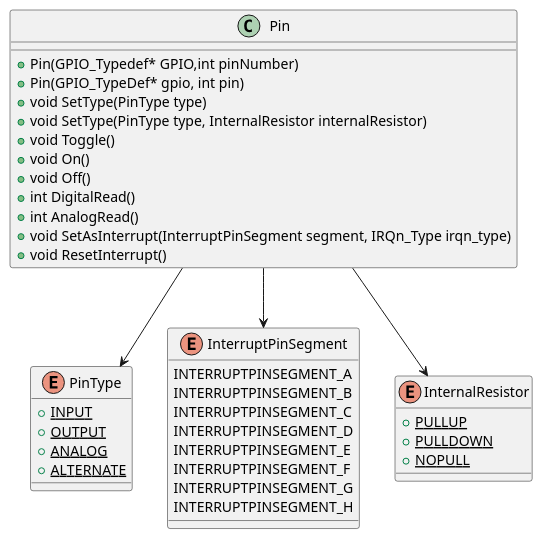
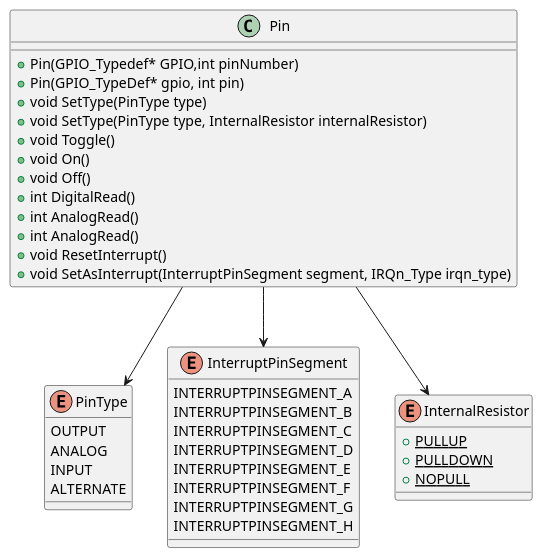
The diagram in Embedded Systems/GPIO - Challenge/Design.plantuml (NathanThus/Technology-Semester-3), drawn with PlantUML before and after one commit.

```diff
--- a/Embedded Systems/GPIO - Challenge/Design.plantuml
+++ b/Embedded Systems/GPIO - Challenge/Design.plantuml
@@ -1,47 +1,48 @@
 @startuml Class Diagram
 
-Class Pin{
-
+Class Pin
+{
     {Method} + Pin(GPIO_Typedef* GPIO,int pinNumber)
     {Method} + Pin(GPIO_TypeDef* gpio, int pin)
     {Method} + void SetType(PinType type)
     {Method} + void SetType(PinType type, InternalResistor internalResistor)
     {Method} + void Toggle()
     {Method} + void On()
     {Method} + void Off()
     {Method} + int DigitalRead()
     {Method} + int AnalogRead()
+    {Method} + int AnalogRead()
+    {Method} + void ResetInterrupt()
     {Method} + void SetAsInterrupt(InterruptPinSegment segment, IRQn_Type irqn_type)
-    {Method} + void ResetInterrupt()
 }
 
 enum PinType{
-    {static} + INPUT
-    {static} + OUTPUT
-    {static} + ANALOG
-    {static} + ALTERNATE
+    OUTPUT
+    ANALOG
+    INPUT
+    ALTERNATE
 }
 
 enum InterruptPinSegment
 {
     INTERRUPTPINSEGMENT_A
     INTERRUPTPINSEGMENT_B
     INTERRUPTPINSEGMENT_C
     INTERRUPTPINSEGMENT_D
     INTERRUPTPINSEGMENT_E
     INTERRUPTPINSEGMENT_F
     INTERRUPTPINSEGMENT_G
     INTERRUPTPINSEGMENT_H
 }
 
 enum InternalResistor
 {
     {static} + PULLUP
     {static} + PULLDOWN
     {static} + NOPULL
 }
 
 Pin --> InternalResistor
 Pin --> PinType
 Pin --> InterruptPinSegment
 @enduml
```
